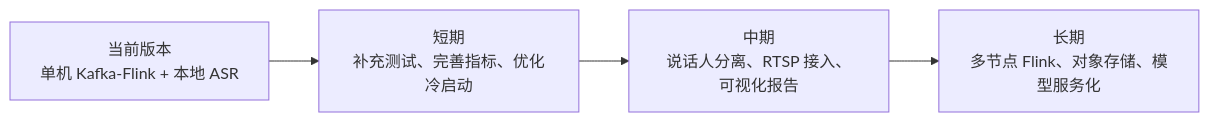
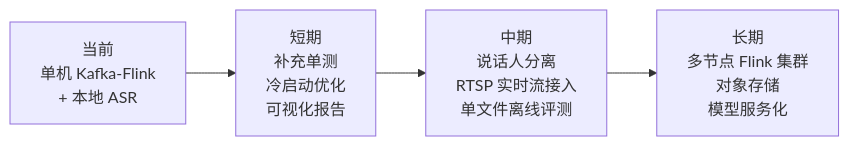
The third of 3 diagrams in README.md (NJNAN/kafka-flink-video-streaming-asr), drawn with Mermaid before and after one commit. The commit also changed other lines of this file, not shown here.

````diff
--- a/README.md
+++ b/README.md
@@ -472,9 +629,9 @@
 ```mermaid
 flowchart LR
-    Current["当前版本<br/>单机 Kafka-Flink + 本地 ASR"]
-    Short["短期<br/>补充测试、完善指标、优化冷启动"]
-    Mid["中期<br/>说话人分离、RTSP 接入、可视化报告"]
-    Long["长期<br/>多节点 Flink、对象存储、模型服务化"]
-
+    Current["当前<br/>单机 Kafka-Flink<br/>+ 本地 ASR"]
+    Short["短期<br/>补充单测<br/>冷启动优化<br/>可视化报告"]
+    Mid["中期<br/>说话人分离<br/>RTSP 实时流接入<br/>单文件离线评测"]
+    Long["长期<br/>多节点 Flink 集群<br/>对象存储<br/>模型服务化"]
+  
     Current --> Short --> Mid --> Long
 ```
````
